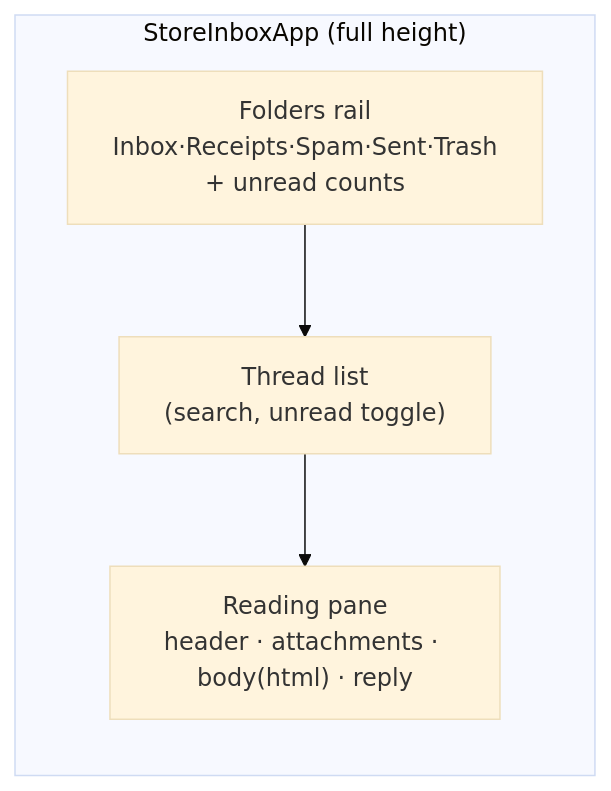
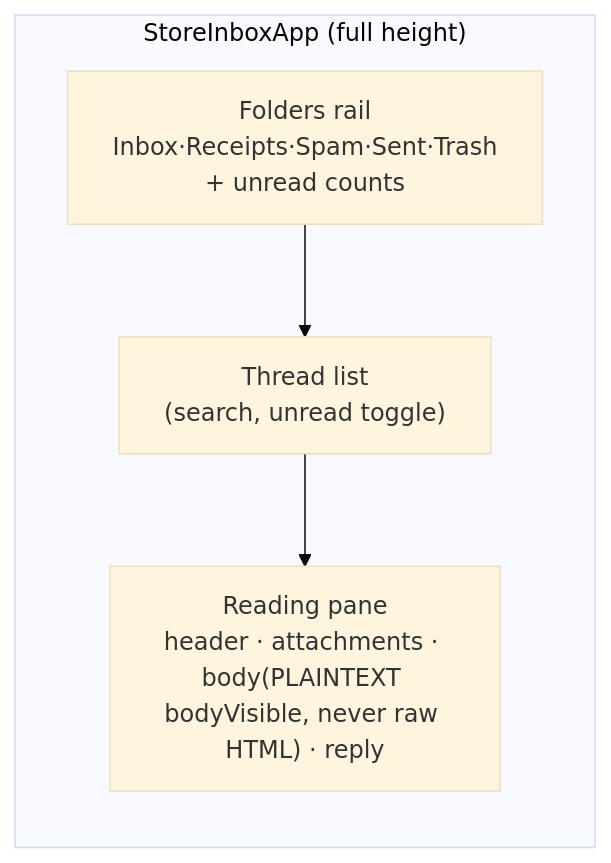
One commit to jmbish04/core-remodel changed the diagram in docs/0041_store_inbox/DESIGN_SPEC.md. Above: the diagram before and after it, drawn with Mermaid (base theme). The commit also changed 9 other files, not shown here.

````diff
--- a/docs/0041_store_inbox/DESIGN_SPEC.md
+++ b/docs/0041_store_inbox/DESIGN_SPEC.md
@@ -10,9 +10,9 @@
 ```mermaid
 flowchart LR
   subgraph Page["StoreInboxApp (full height)"]
     F["Folders rail<br/>Inbox·Receipts·Spam·Sent·Trash<br/>+ unread counts"]
     L["Thread list<br/>(search, unread toggle)"]
-    R["Reading pane<br/>header · attachments · body(html) · reply"]
+    R["Reading pane<br/>header · attachments · body(PLAINTEXT bodyVisible, never raw HTML) · reply"]
   end
   F --> L --> R
 ```
````
